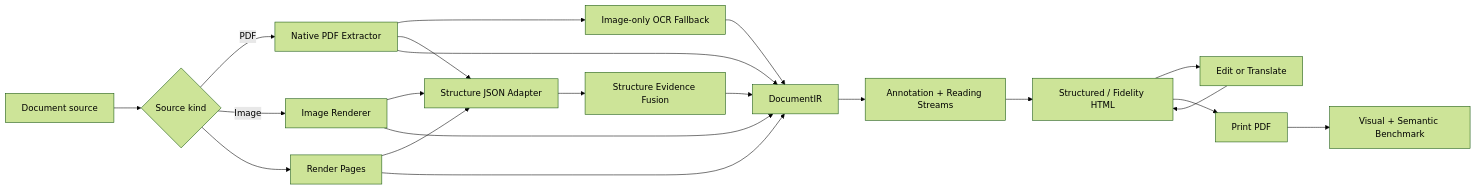
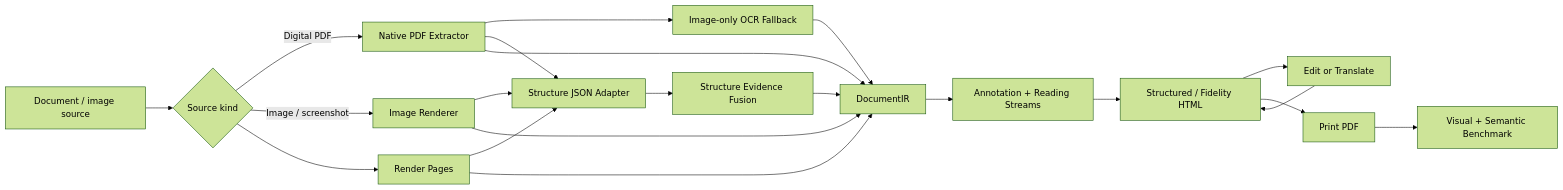
Before and after one commit to followcat/Scriptorium: the diagram in README.en.md, drawn with Mermaid (forest theme). The commit also changed other lines of this file and 6 other files, not shown here.

````diff
--- a/README.en.md
+++ b/README.en.md
@@ -135,23 +132,23 @@
 ```mermaid
 flowchart LR
-  S[Document source] --> A{Source kind}
-  A -->|PDF| B[Native PDF Extractor]
-  A -->|Image| C[Image Renderer]
+  S[Document / image source] --> A{Source kind}
+  A -->|Digital PDF| B[Native PDF Extractor]
+  A -->|Image / screenshot| C[Image Renderer]
   A --> C2[Render Pages]
   C --> E[OCR / Structure JSON Adapter]
   C2 --> E
   B --> D[Image-only OCR Fallback]
   B --> E[Structure JSON Adapter]
   E --> F[Structure Evidence Fusion]
   B --> G[DocumentIR]
   C --> G
   C2 --> G
   D --> G
   F --> G
   G --> H[Annotation + Reading Streams]
   H --> I[Structured / Fidelity HTML]
   I --> J[Edit or Translate]
   J --> I
   I --> K[Print PDF]
   K --> L[Visual + Semantic Benchmark]
 ```
````
